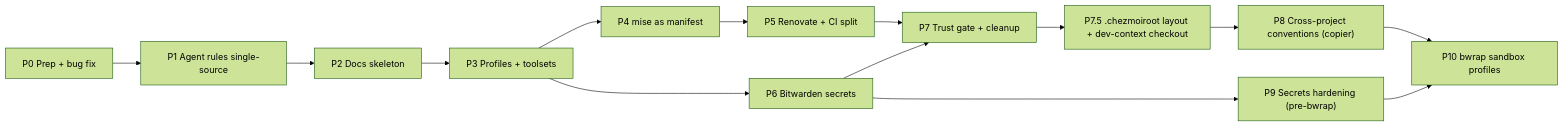
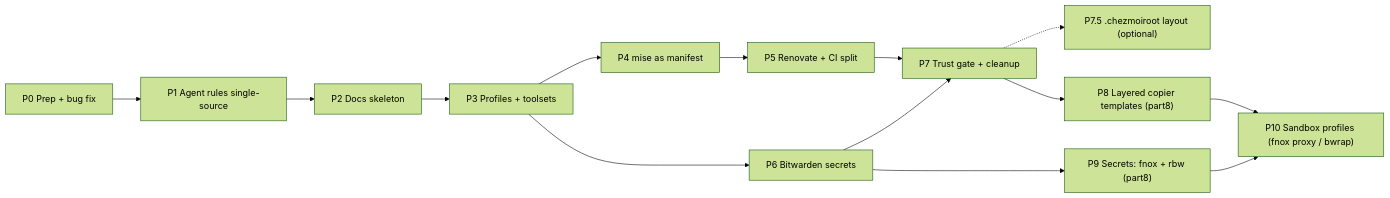
The diagram in plans/part5-platform-roadmap.md (AmazingHorse/mydotfiles), drawn with Mermaid (forest theme) before and after one commit. The commit also changed other lines of this file and 2 other files, not shown here.

````diff
--- a/plans/part5-platform-roadmap.md
+++ b/plans/part5-platform-roadmap.md
@@ -14,16 +14,16 @@
 ```mermaid
 flowchart LR
   P0["P0 Prep + bug fix"] --> P1["P1 Agent rules single-source"]
   P1 --> P2["P2 Docs skeleton"]
   P2 --> P3["P3 Profiles + toolsets"]
   P3 --> P4["P4 mise as manifest"]
   P4 --> P5["P5 Renovate + CI split"]
   P3 --> P6["P6 Bitwarden secrets"]
   P5 --> P7["P7 Trust gate + cleanup"]
   P6 --> P7
-  P7 --> P75["P7.5 .chezmoiroot layout + dev-context checkout"]
-  P75 --> P8["P8 Cross-project conventions (copier)"]
-  P6 --> P9["P9 Secrets hardening (pre-bwrap)"]
-  P8 --> P10["P10 bwrap sandbox profiles"]
+  P7 -.-> P75["P7.5 .chezmoiroot layout (optional)"]
+  P7 --> P8["P8 Layered copier templates (part8)"]
+  P6 --> P9["P9 Secrets: fnox + rbw (part8)"]
+  P8 --> P10["P10 Sandbox profiles (fnox proxy / bwrap)"]
   P9 --> P10
 ```
````
